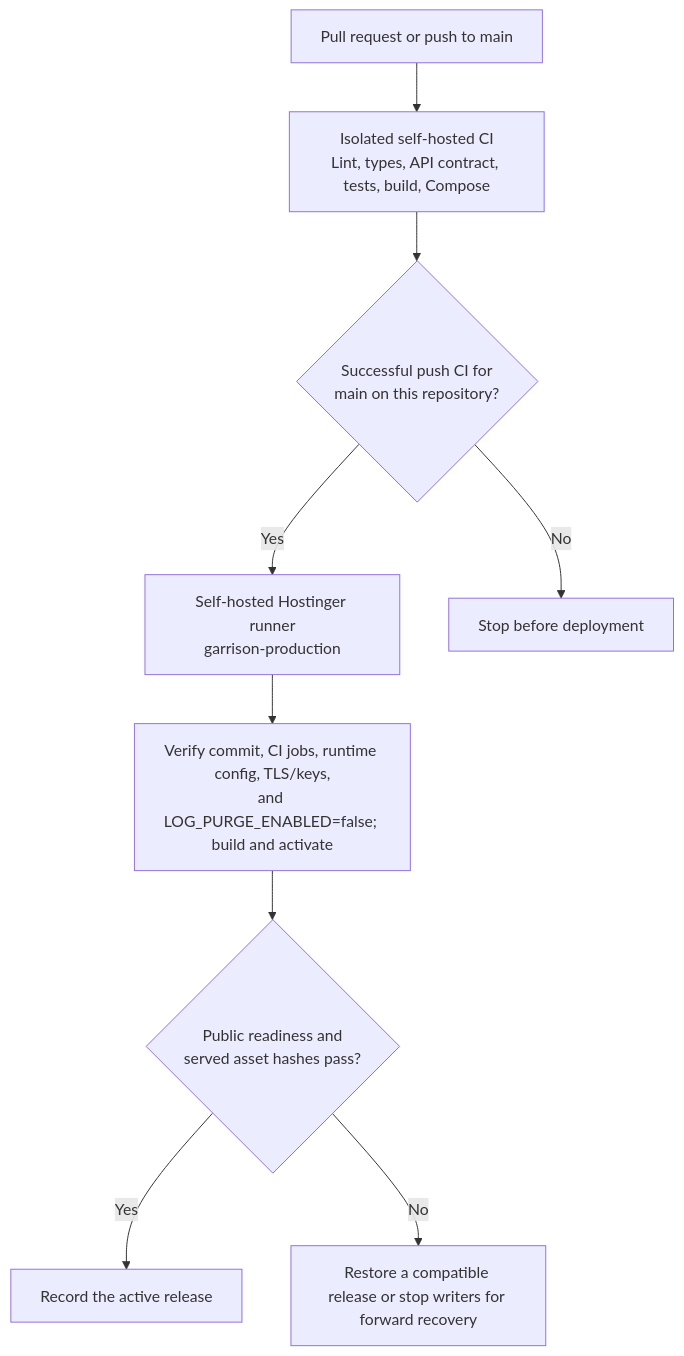
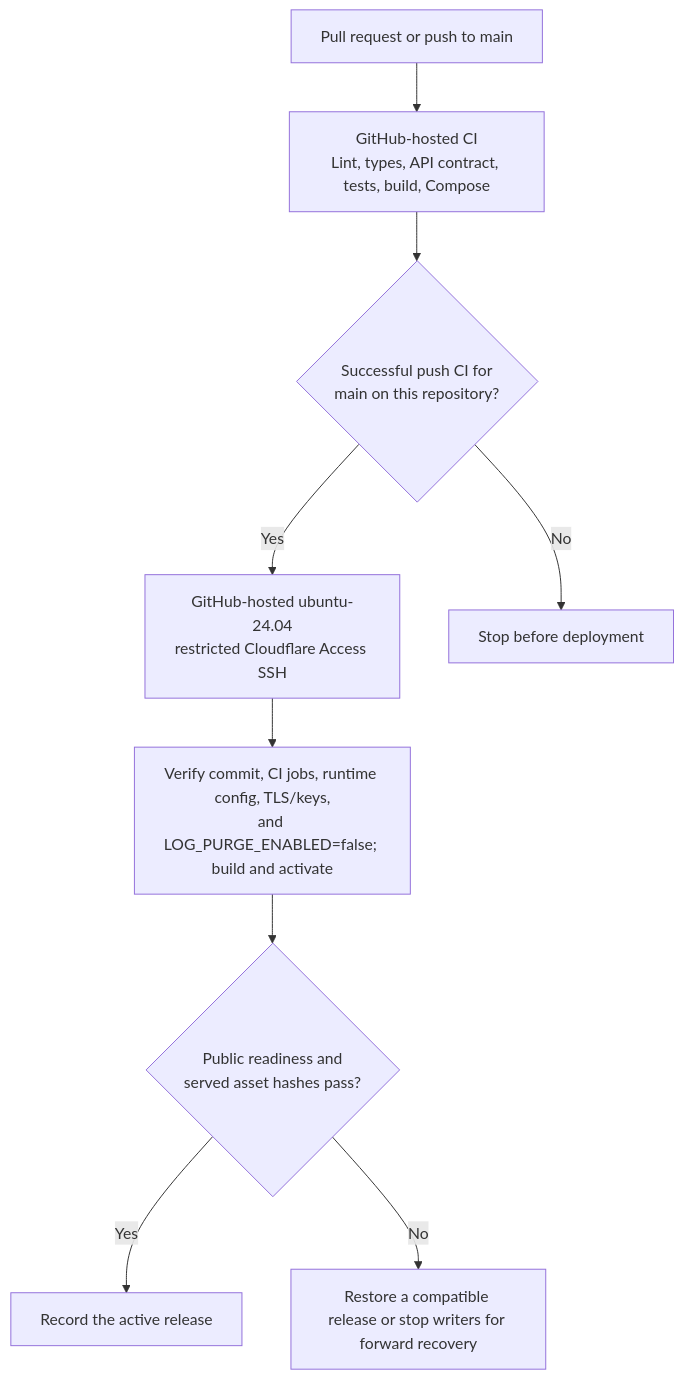
Before and after one commit to nirzaf/garrison-investments: the third of 3 diagrams in README.md, drawn with Mermaid. The commit also changed other lines of this file and 3 other files, not shown here.

Commit message:
ci(deploy): switch production CD to GitHub-hosted Cloudflare Access SSH

````diff
--- a/README.md
+++ b/README.md
@@ -116,11 +116,11 @@
 ```mermaid
 flowchart TB
-    change["Pull request or push to main"] --> ci["Isolated self-hosted CI<br/>Lint, types, API contract, tests, build, Compose"]
+    change["Pull request or push to main"] --> ci["GitHub-hosted CI<br/>Lint, types, API contract, tests, build, Compose"]
     ci --> gate{"Successful push CI for<br/>main on this repository?"}
-    gate -->|"Yes"| runner["Self-hosted Hostinger runner<br/>garrison-production"]
+    gate -->|"Yes"| runner["GitHub-hosted ubuntu-24.04<br/>restricted Cloudflare Access SSH"]
     gate -->|"No"| stop["Stop before deployment"]
     runner --> release["Verify commit, CI jobs, runtime config, TLS/keys,<br/>and LOG_PURGE_ENABLED=false; build and activate"]
     release --> smoke{"Public readiness and<br/>served asset hashes pass?"}
     smoke -->|"Yes"| receipt["Record the active release"]
     smoke -->|"No"| rollback["Restore a compatible release or stop writers for forward recovery"]
 ```
````
